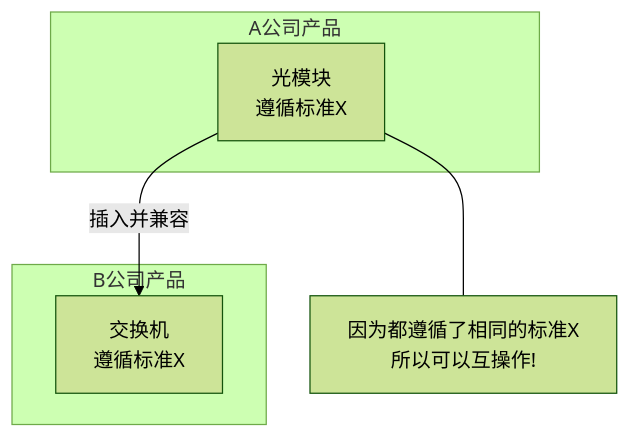
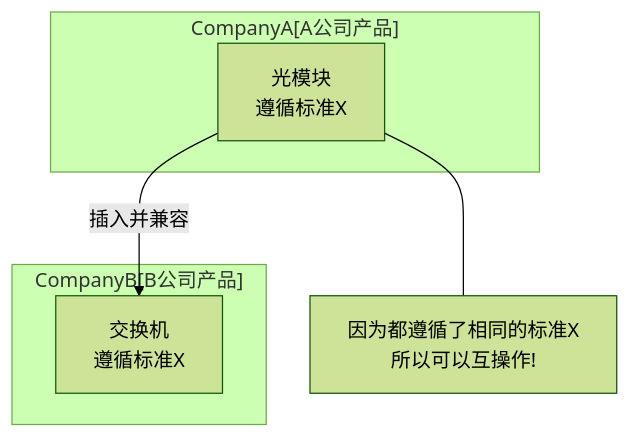
The first of 4 diagrams in output/Data_Center_Ethernet_Technology_and_Evolution_to_224_Gbps/04_行业标准与规范__oif_ieee__.md (jueshi/PocketFlow-Tutorial-Codebase-Knowledge), drawn with Mermaid (forest theme) before and after one commit. The commit also changed other lines of this file and 282 other files, not shown here.

````diff
--- a/output/Data_Center_Ethernet_Technology_and_Evolution_to_224_Gbps/04_行业标准与规范__oif_ieee__.md
+++ b/output/Data_Center_Ethernet_Technology_and_Evolution_to_224_Gbps/04_行业标准与规范__oif_ieee__.md
@@ -22,17 +22,16 @@
 ```mermaid
 graph TD
-    subgraph CompanyA[A公司产品]
+    subgraph "CompanyA[A公司产品]"
         A_Module[光模块<br>遵循标准X]
     end
     
-    subgraph CompanyB[B公司产品]
+    subgraph "CompanyB[B公司产品]"
         B_Switch[交换机<br>遵循标准X]
     end
 
     A_Module -- 插入并兼容 --> B_Switch
     
     Note[因为都遵循了相同的标准X<br>所以可以互操作!]
     
     A_Module --- Note
-
 ```
````
